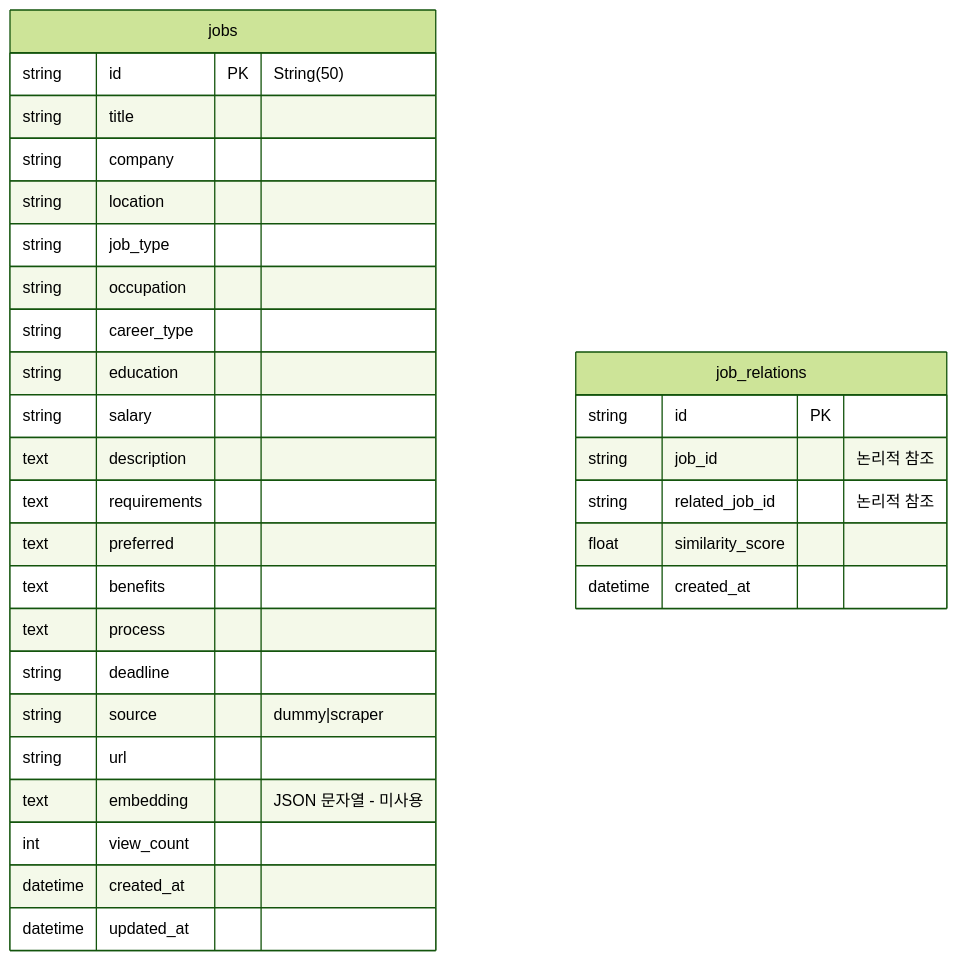
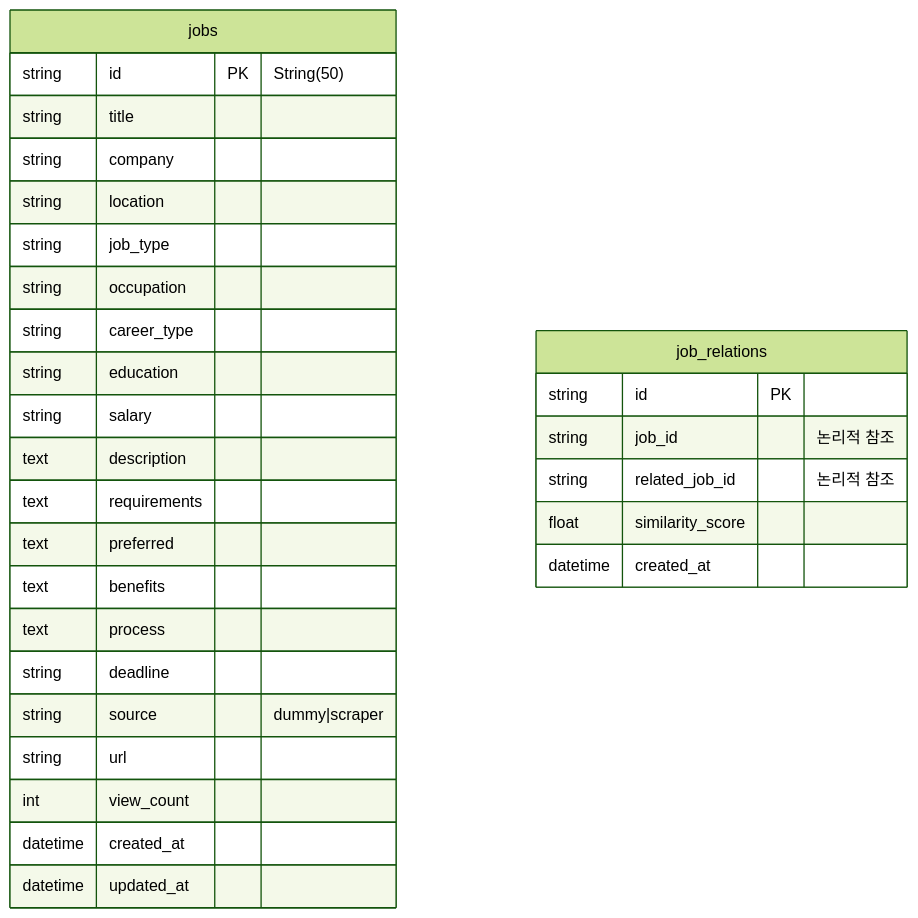
Before and after one commit to sozerong/iloon: the second of 3 diagrams in docs/architecture/data-model.md, drawn with Mermaid (forest theme). The commit also changed other lines of this file and 1 other file, not shown here.

First line of the commit message:
refactor: jobs.embedding 죽은 컬럼 제거

````diff
--- a/docs/architecture/data-model.md
+++ b/docs/architecture/data-model.md
@@ -109,33 +109,32 @@
 ```mermaid
 erDiagram
     jobs {
         string id PK "String(50)"
         string title
         string company
         string location
         string job_type
         string occupation
         string career_type
         string education
         string salary
         text description
         text requirements
         text preferred
         text benefits
         text process
         string deadline
         string source "dummy|scraper"
         string url
-        text embedding "JSON 문자열 - 미사용"
         int view_count
         datetime created_at
         datetime updated_at
     }
     job_relations {
         string id PK
         string job_id "논리적 참조"
         string related_job_id "논리적 참조"
         float similarity_score
         datetime created_at
     }
 ```
````
